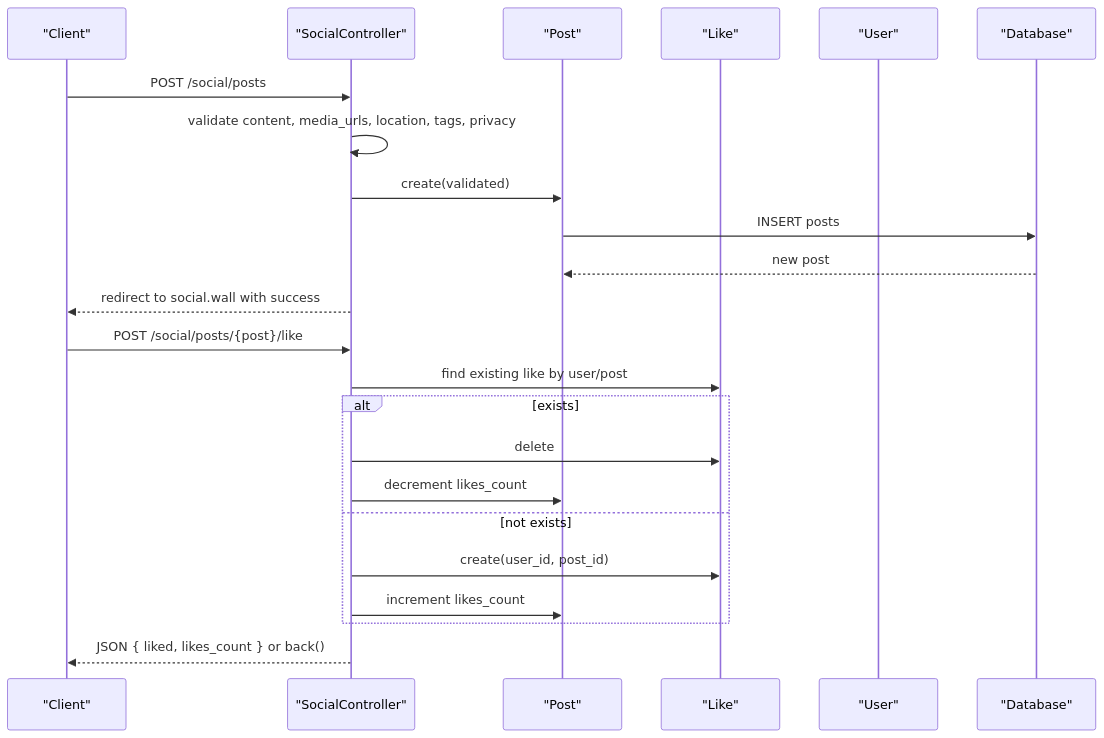
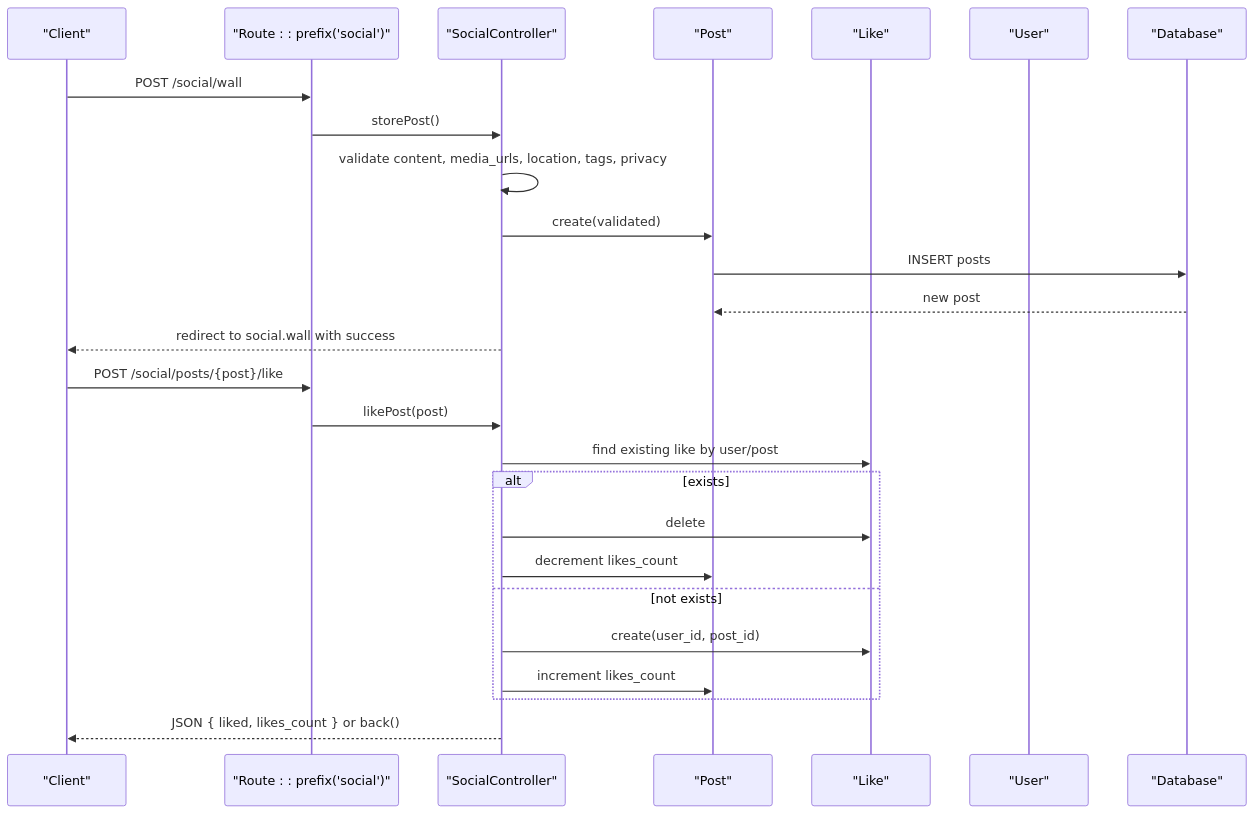
One commit to VenokM05/Travel_Project changed the third of 13 diagrams in .qoder/repowiki/en/content/Social Features.md. Above: the diagram before and after it, drawn with Mermaid. The commit also changed other lines of this file and 23 other files, not shown here.

````diff
--- a/.qoder/repowiki/en/content/Social Features.md
+++ b/.qoder/repowiki/en/content/Social Features.md
@@ -155,25 +176,28 @@
 ```mermaid
 sequenceDiagram
 participant Client as "Client"
+participant Router as "Route : : prefix('social')"
 participant Controller as "SocialController"
 participant PostModel as "Post"
 participant LikeModel as "Like"
 participant UserModel as "User"
 participant DB as "Database"
-Client->>Controller : POST /social/posts
+Client->>Router : POST /social/wall
+Router->>Controller : storePost()
 Controller->>Controller : validate content, media_urls, location, tags, privacy
 Controller->>PostModel : create(validated)
 PostModel->>DB : INSERT posts
 DB-->>PostModel : new post
 Controller-->>Client : redirect to social.wall with success
-Client->>Controller : POST /social/posts/{post}/like
+Client->>Router : POST /social/posts/{post}/like
+Router->>Controller : likePost(post)
 Controller->>LikeModel : find existing like by user/post
 alt exists
 Controller->>LikeModel : delete
 Controller->>PostModel : decrement likes_count
 else not exists
 Controller->>LikeModel : create(user_id, post_id)
 Controller->>PostModel : increment likes_count
 end
 Controller-->>Client : JSON { liked, likes_count } or back()
 ```
````
